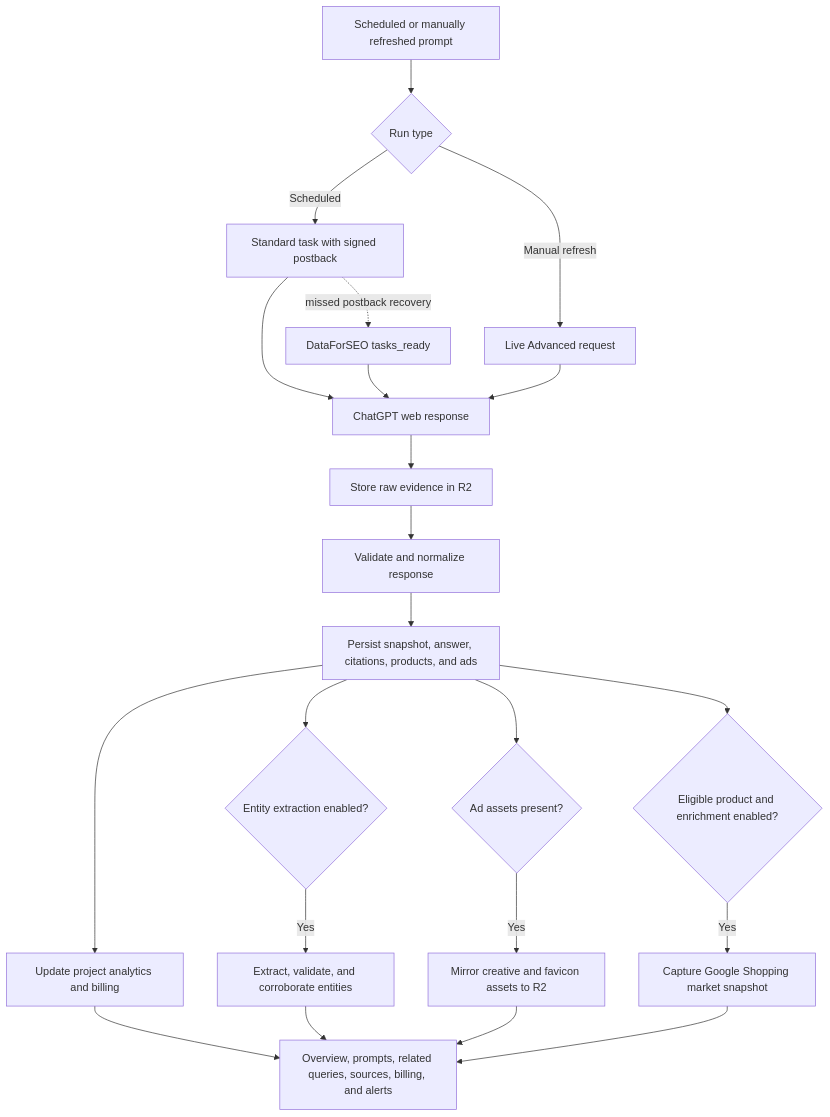
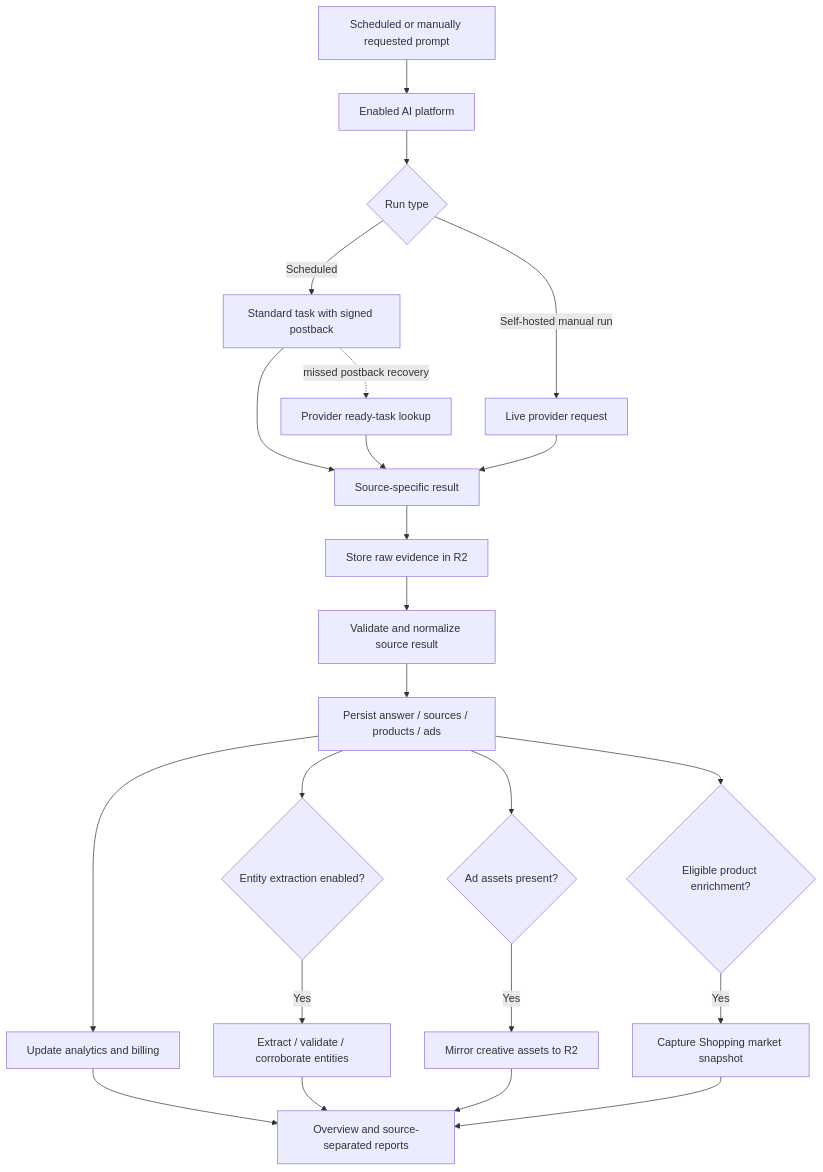
The second of 3 diagrams in README.md (GetBelki/belki), drawn with Mermaid before and after one commit. The commit also changed other lines of this file, not shown here.

Commit message:
Update README for current product features

````diff
--- a/README.md
+++ b/README.md
@@ -133,27 +343,28 @@
 ```mermaid
 flowchart TD
-  Prompt[Scheduled or manually refreshed prompt] --> Mode{Run type}
+  Prompt[Scheduled or manually requested prompt] --> Source[Enabled AI platform]
+  Source --> Mode{Run type}
   Mode -->|Scheduled| Standard[Standard task with signed postback]
-  Mode -->|Manual refresh| Live[Live Advanced request]
-  Standard --> Capture[ChatGPT web response]
+  Mode -->|Self-hosted manual run| Live[Live provider request]
+  Standard --> Capture[Source-specific result]
   Live --> Capture
-  Standard -. missed postback recovery .-> Ready[DataForSEO tasks_ready]
+  Standard -. missed postback recovery .-> Ready[Provider ready-task lookup]
   Ready --> Capture
 
   Capture --> Evidence[Store raw evidence in R2]
-  Evidence --> Normalize[Validate and normalize response]
-  Normalize --> Snapshot[Persist snapshot, answer, citations, products, and ads]
-  Snapshot --> Rollup[Update project analytics and billing]
+  Evidence --> Normalize[Validate and normalize source result]
+  Normalize --> Snapshot[Persist answer / sources / products / ads]
+  Snapshot --> Rollup[Update analytics and billing]
   Snapshot --> Entities{Entity extraction enabled?}
   Snapshot --> Ads{Ad assets present?}
-  Snapshot --> Shopping{Eligible product and enrichment enabled?}
+  Snapshot --> Shopping{Eligible product enrichment?}
 
-  Entities -->|Yes| NER[Extract, validate, and corroborate entities]
-  Ads -->|Yes| Assets[Mirror creative and favicon assets to R2]
-  Shopping -->|Yes| ProductInfo[Capture Google Shopping market snapshot]
+  Entities -->|Yes| NER[Extract / validate / corroborate entities]
+  Ads -->|Yes| Assets[Mirror creative assets to R2]
+  Shopping -->|Yes| ProductInfo[Capture Shopping market snapshot]
 
-  Rollup --> Dashboard[Overview, prompts, related queries, sources, billing, and alerts]
-  NER --> Dashboard
-  Assets --> Dashboard
-  ProductInfo --> Dashboard
+  Rollup --> Reports[Overview and source-separated reports]
+  NER --> Reports
+  Assets --> Reports
+  ProductInfo --> Reports
 ```
````
